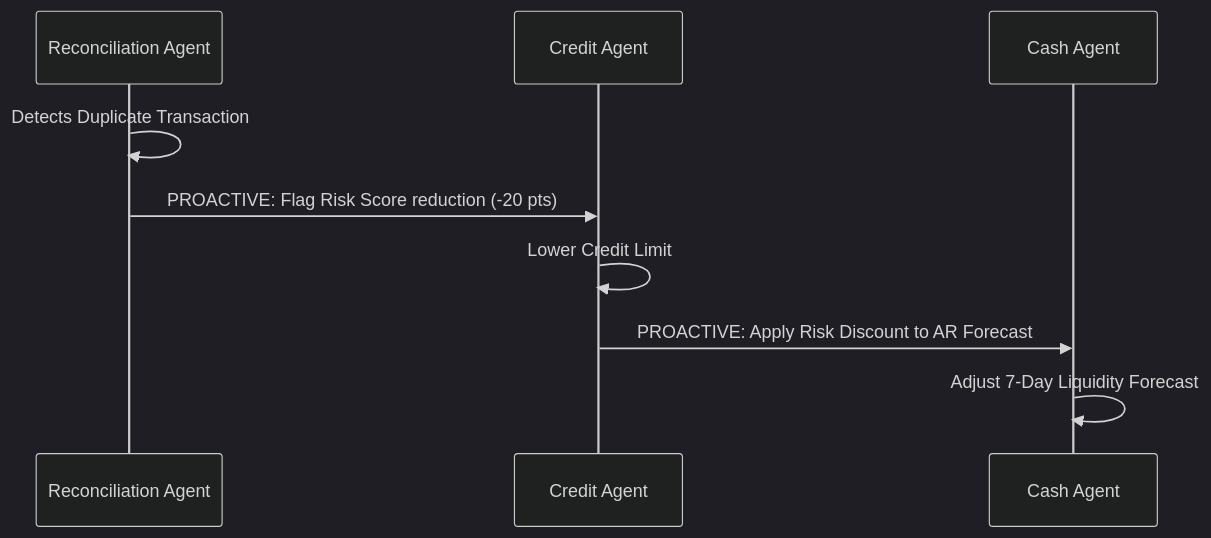
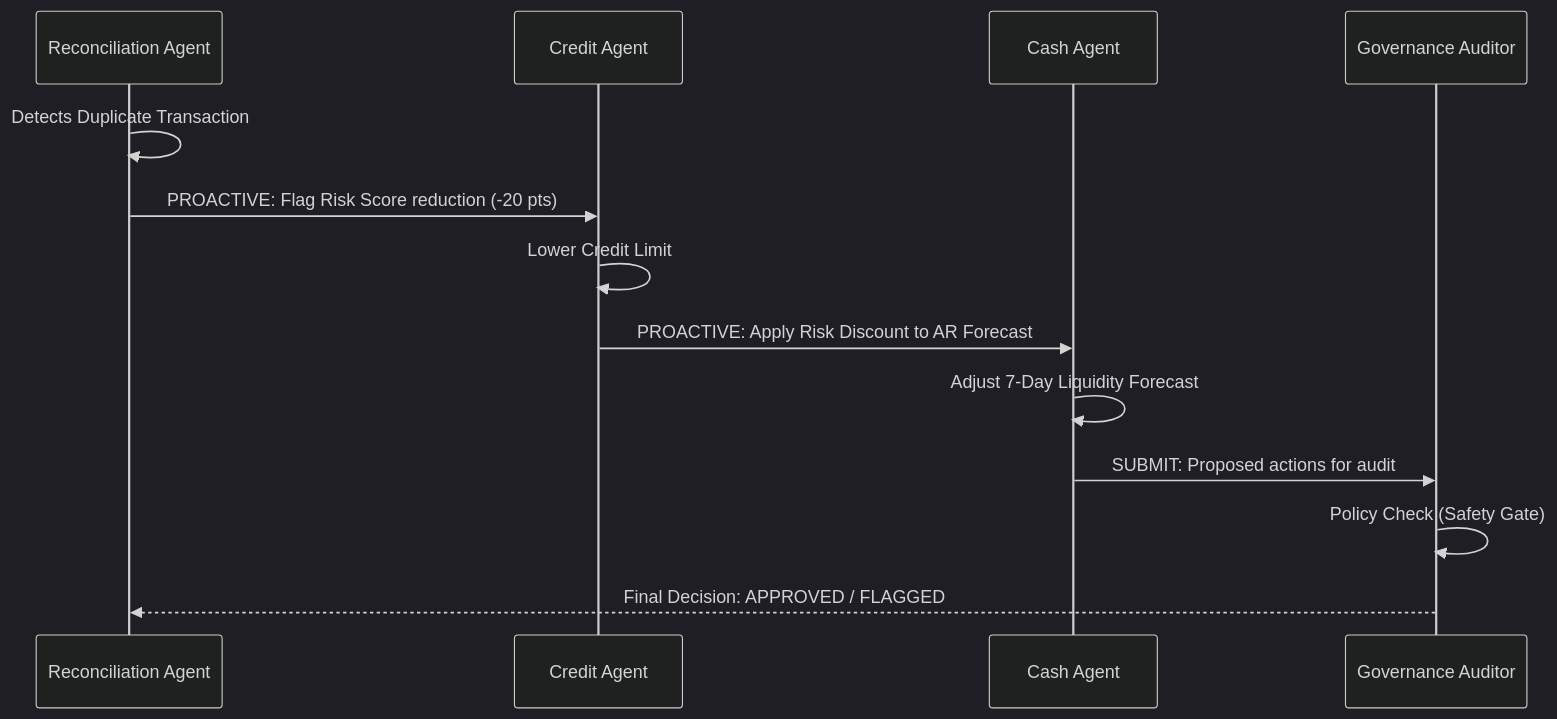
The second of 2 diagrams in README.md (maysamsgx/fagenllm_2026_Semmmrr), drawn with Mermaid (dark theme) before and after one commit. The commit also changed other lines of this file and 4 other files, not shown here.

Commit message:
Updated README.md with the 6-agent architecture, new features (Governance, Vector Search, Memory, Evaluation Dashboard), and corrected tech stack.

````diff
--- a/README.md
+++ b/README.md
@@ -154,12 +164,16 @@
 ```mermaid
 sequenceDiagram
     participant R as Reconciliation Agent
     participant C as Credit Agent
     participant S as Cash Agent
+    participant G as Governance Auditor
     
     R->>R: Detects Duplicate Transaction
     R->>C: PROACTIVE: Flag Risk Score reduction (-20 pts)
     C->>C: Lower Credit Limit
     C->>S: PROACTIVE: Apply Risk Discount to AR Forecast
     S->>S: Adjust 7-Day Liquidity Forecast
+    S->>G: SUBMIT: Proposed actions for audit
+    G->>G: Policy Check (Safety Gate)
+    G-->>R: Final Decision: APPROVED / FLAGGED
 ```
````
